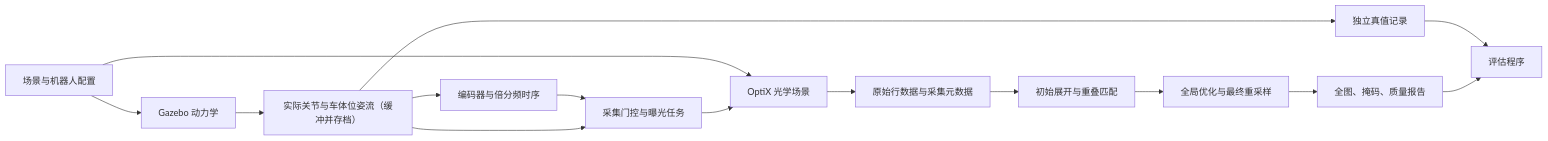
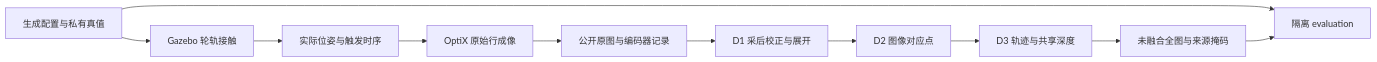
The diagram in DESIGN.md (chubbyk-uu/rail-tunnel-linescan-sim), drawn with Mermaid before and after one commit. The commit also changed other lines of this file and 48 other files, not shown here.

````diff
--- a/DESIGN.md
+++ b/DESIGN.md
@@ -25,17 +15,13 @@
 ```mermaid
 flowchart LR
-    A[场景与机器人配置] --> B[Gazebo 动力学]
-    A --> C[OptiX 光学场景]
-    B --> D[实际关节与车体位姿流（缓冲并存档）]
-    D --> E[编码器与倍分频时序]
-    E --> F[采集门控与曝光任务]
-    D --> F
-    F --> C
-    C --> G[原始行数据与采集元数据]
-    G --> H[初始展开与重叠匹配]
-    H --> I[全局优化与最终重采样]
-    I --> J[全图、掩码、质量报告]
-    D --> K[独立真值记录]
-    K --> L[评估程序]
-    J --> L
+    A[生成配置与私有真值] --> B[Gazebo 轮轨接触]
+    B --> C[实际位姿与触发时序]
+    C --> D[OptiX 原始行成像]
+    D --> E[公开原图与编码器记录]
+    E --> F[D1 采后校正与展开]
+    F --> G[D2 图像对应点]
+    G --> H[D3 轨迹与共享深度]
+    H --> I[未融合全图与来源掩码]
+    A --> J[隔离 evaluation]
+    I --> J
 ```
````
